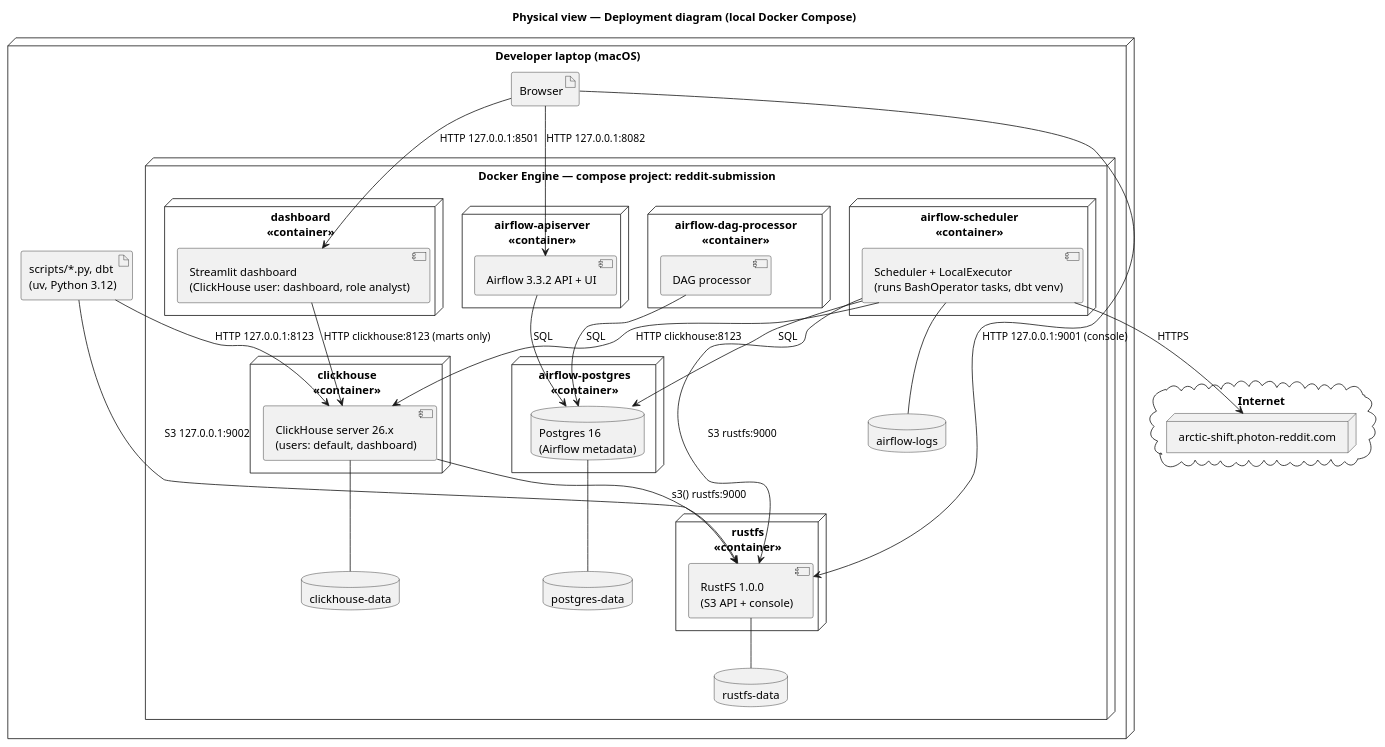
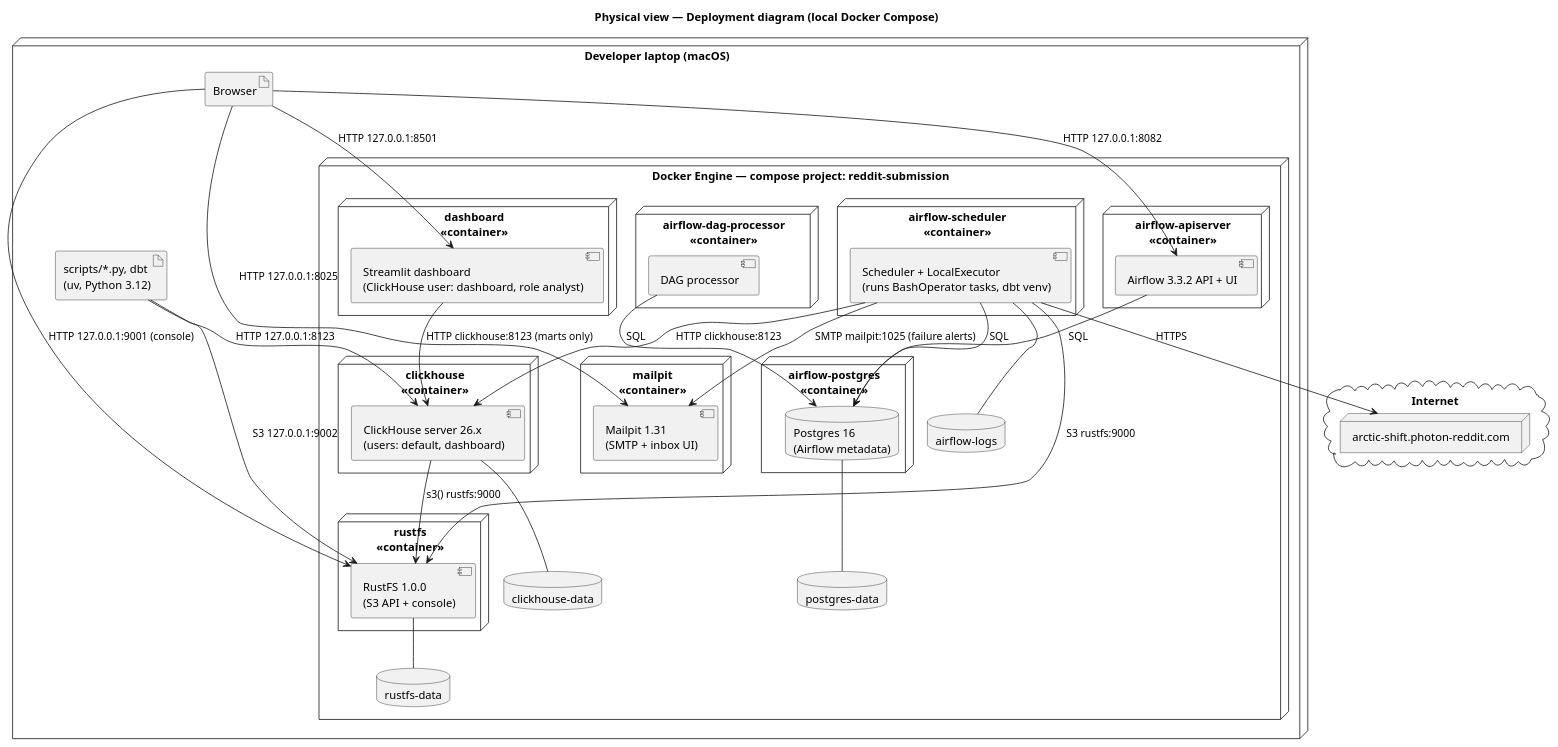
One commit to modsomjeed/reddit-dataeng changed the diagram in docs/architecture/diagrams/deployment.puml. Above: the diagram before and after it, drawn with PlantUML. The commit also changed 4 other files, not shown here.

Commit message:
docs: document failure alerts and add the Mailpit screenshot

```diff
--- a/docs/architecture/diagrams/deployment.puml
+++ b/docs/architecture/diagrams/deployment.puml
@@ -1,60 +1,65 @@
 @startuml deployment
 title Physical view — Deployment diagram (local Docker Compose)
 skinparam shadowing false
 
 node "Developer laptop (macOS)" as laptop {
   artifact "Browser" as browser
   artifact "scripts/*.py, dbt\n(uv, Python 3.12)" as hostcli
 
   node "Docker Engine — compose project: reddit-submission" as docker {
     node "clickhouse\n<<container>>" as ch {
       component "ClickHouse server 26.x\n(users: default, dashboard)" as chs
     }
     node "rustfs\n<<container>>" as rustfs {
       component "RustFS 1.0.0\n(S3 API + console)" as rfs
     }
     node "airflow-apiserver\n<<container>>" as api {
       component "Airflow 3.3.2 API + UI" as apis
     }
     node "airflow-scheduler\n<<container>>" as sched {
       component "Scheduler + LocalExecutor\n(runs BashOperator tasks, dbt venv)" as scheds
     }
     node "airflow-dag-processor\n<<container>>" as dagp {
       component "DAG processor" as dagps
     }
     node "dashboard\n<<container>>" as dash {
       component "Streamlit dashboard\n(ClickHouse user: dashboard, role analyst)" as dashs
+    }
+    node "mailpit\n<<container>>" as mail {
+      component "Mailpit 1.31\n(SMTP + inbox UI)" as mails
     }
     node "airflow-postgres\n<<container>>" as pg {
       database "Postgres 16\n(Airflow metadata)" as pgdb
     }
     database "clickhouse-data" as vch
     database "rustfs-data" as vrfs
     database "postgres-data" as vpg
     database "airflow-logs" as vlogs
   }
 }
 
 cloud "Internet" {
   node "arctic-shift.photon-reddit.com" as arctic
 }
 
 chs -- vch
 rfs -- vrfs
 pgdb -- vpg
 scheds -- vlogs
 
 browser --> apis : "HTTP 127.0.0.1:8082"
 browser --> dashs : "HTTP 127.0.0.1:8501"
 dashs --> chs : "HTTP clickhouse:8123 (marts only)"
 browser --> rfs : "HTTP 127.0.0.1:9001 (console)"
 hostcli --> chs : "HTTP 127.0.0.1:8123"
 hostcli --> rfs : "S3 127.0.0.1:9002"
 scheds --> arctic : "HTTPS"
 scheds --> rfs : "S3 rustfs:9000"
 scheds --> chs : "HTTP clickhouse:8123"
 chs --> rfs : "s3() rustfs:9000"
 scheds --> pgdb : "SQL"
+scheds --> mails : "SMTP mailpit:1025 (failure alerts)"
+browser --> mails : "HTTP 127.0.0.1:8025"
 apis --> pgdb : "SQL"
 dagps --> pgdb : "SQL"
 @enduml
```
